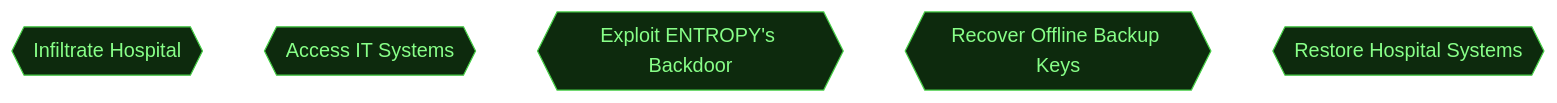
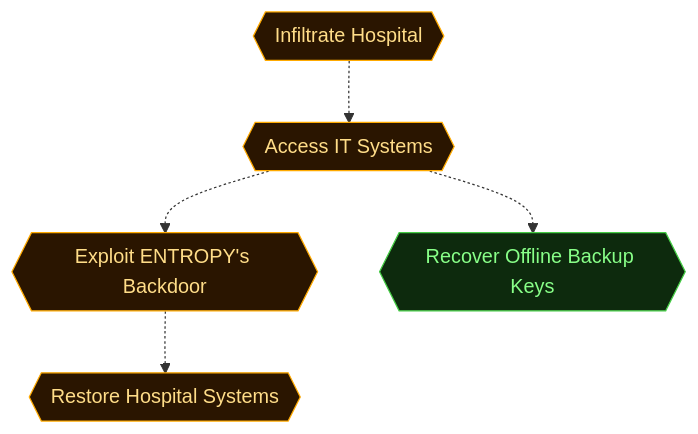
One commit to cliffe/BreakEscapeGame changed the second of 5 diagrams in scenarios/m02_ransomed_trust/dungeon_graph.md. Above: the diagram before and after it, drawn with Mermaid. The commit also changed other lines of this file and 10 other files, not shown here.

````diff
--- a/scenarios/m02_ransomed_trust/dungeon_graph.md
+++ b/scenarios/m02_ransomed_trust/dungeon_graph.md
@@ -203,27 +202,32 @@
 ```mermaid
 flowchart TD
 
   classDef room      fill:#0f2d2d,stroke:#22ddcc,color:#a0ffee
   classDef lock      fill:#2d0f0f,stroke:#e66060,color:#ffa0a0
   classDef key       fill:#2d0812,stroke:#e66060,color:#ffa0a0
   classDef item      fill:#2d1200,stroke:#e89030,color:#ffcc80
   classDef gate      fill:#111,stroke:#666,color:#eee
   classDef vm        fill:#0c1f40,stroke:#4a90d9,color:#a0c8ff
   classDef flag      fill:#1a0c2d,stroke:#9060d0,color:#cc99ff
   classDef action    fill:#1a1200,stroke:#cc9922,color:#ffee88
   classDef aim       fill:#0d2a0d,stroke:#44cc44,color:#88ff88
   classDef aim_gate  fill:#111111,stroke:#44cc44,color:#44cc44
   classDef container fill:#1a2d1a,stroke:#60b060,color:#a0e0a0
   classDef npc       fill:#2d1f0d,stroke:#d0a050,color:#ffe0a0
   classDef critical  fill:#2a1500,stroke:#ffaa00,color:#ffdd88
   classDef start     fill:#003322,stroke:#00ffaa,color:#00ffaa
 
   aim_infiltrate_hospital{{"Infiltrate Hospital"}}
   aim_access_it_systems{{"Access IT Systems"}}
   aim_exploit_entropy_backdoor{{"Exploit ENTROPY's Backdoor"}}
   aim_recover_offline_keys{{"Recover Offline Backup Keys"}}
   aim_restore_hospital_systems{{"Restore Hospital Systems"}}
 
+  aim_infiltrate_hospital -.-> aim_access_it_systems
+  aim_access_it_systems -.-> aim_exploit_entropy_backdoor
+  aim_access_it_systems -.-> aim_recover_offline_keys
+  aim_exploit_entropy_backdoor -.-> aim_restore_hospital_systems
 
-  class aim_infiltrate_hospital,aim_access_it_systems,aim_exploit_entropy_backdoor,aim_recover_offline_keys,aim_restore_hospital_systems aim
+  class aim_infiltrate_hospital,aim_access_it_systems,aim_exploit_entropy_backdoor,aim_restore_hospital_systems critical
+  class aim_recover_offline_keys aim
 ```
````
